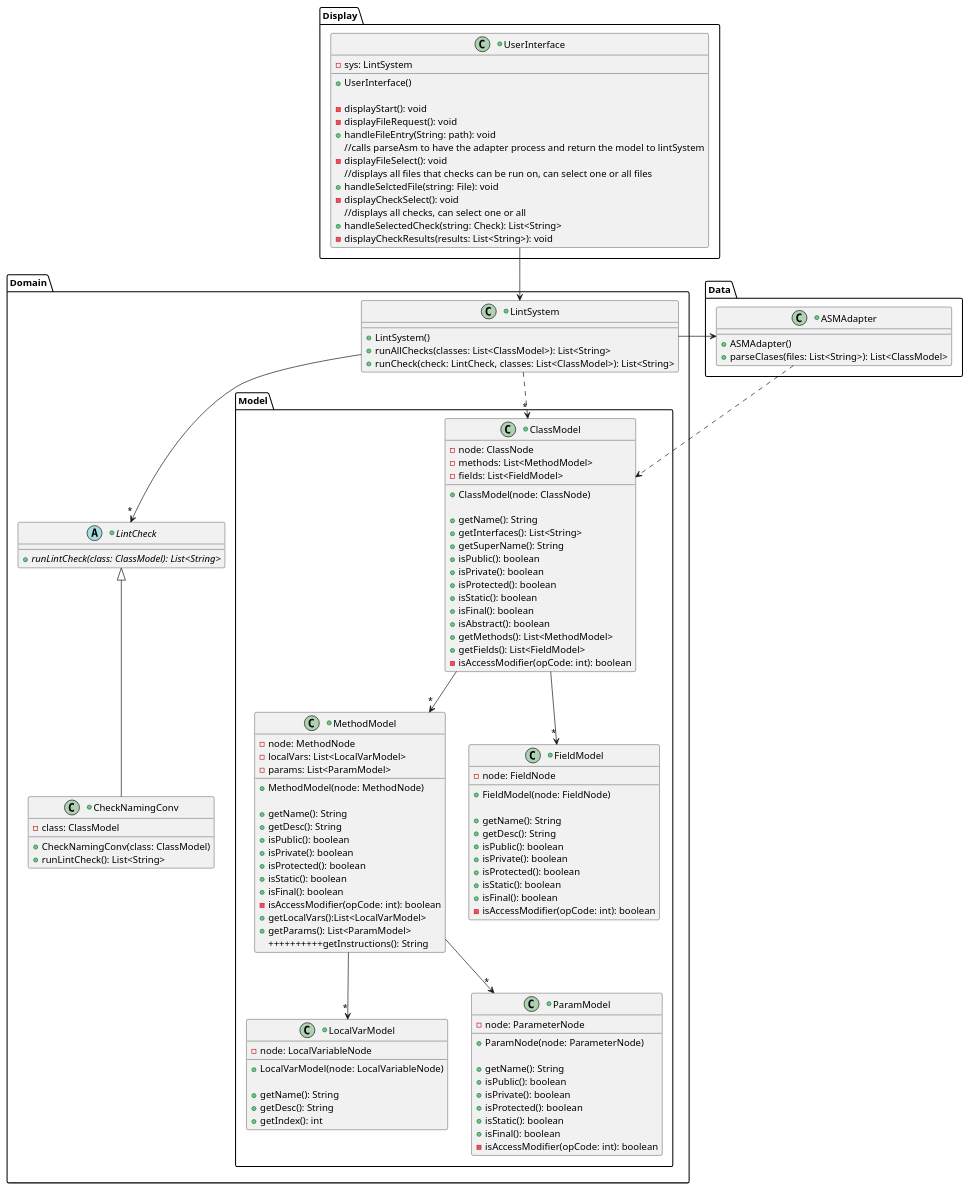
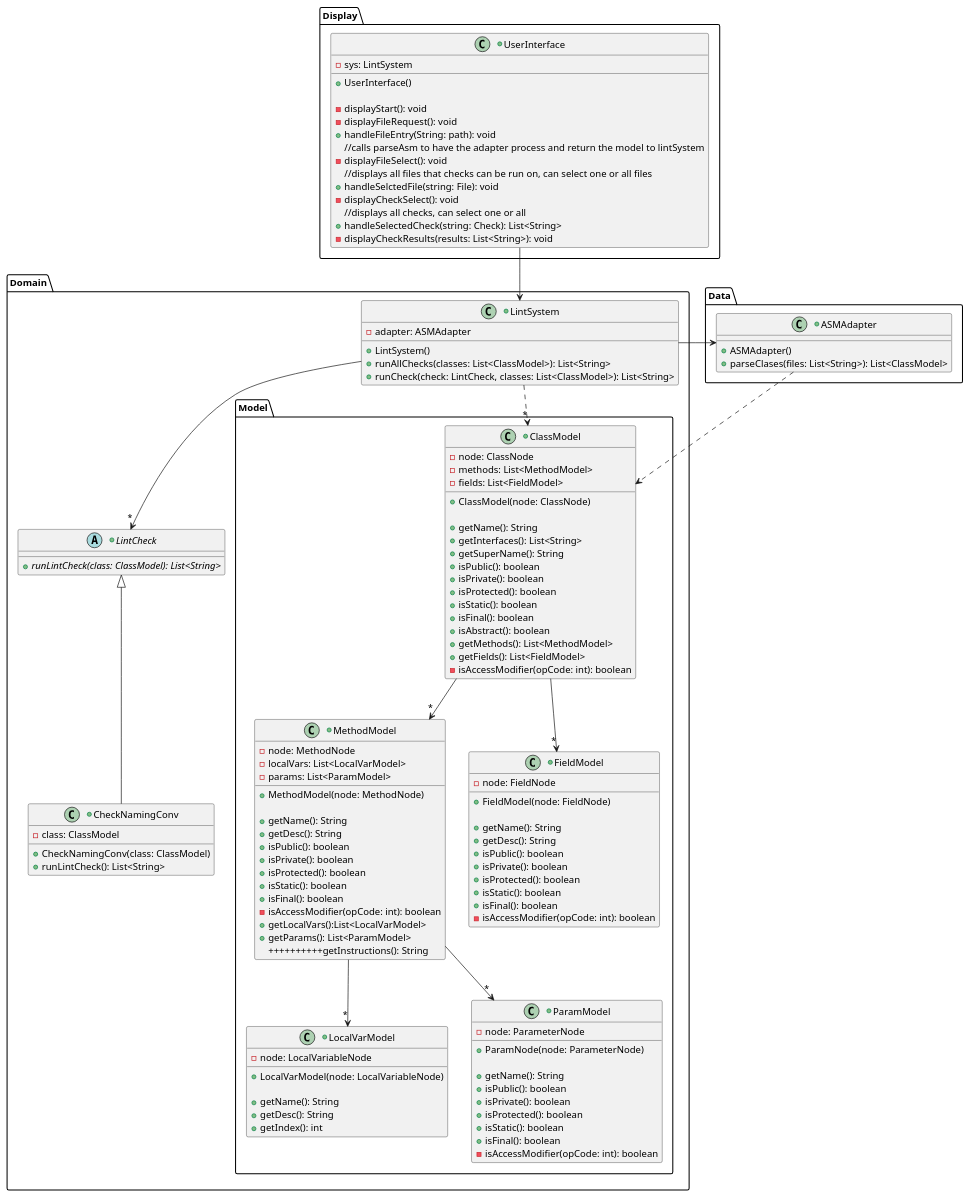
The diagram in design.puml (rhit-adlerbn/CSSE375_Refactoring_Project), drawn with PlantUML before and after one commit.

Commit message:
small tweak to uml

```diff
--- a/design.puml
+++ b/design.puml
@@ -1,135 +1,135 @@
 @startuml
 Package Display{
 
 +class UserInterface{
 -sys: LintSystem
 +UserInterface()
 
 -displayStart(): void
 -displayFileRequest(): void
 +handleFileEntry(String: path): void
 {method} //calls parseAsm to have the adapter process and return the model to lintSystem
 -displayFileSelect(): void
 {method} //displays all files that checks can be run on, can select one or all files
 +handleSelctedFile(string: File): void
 -displayCheckSelect(): void
 {method} //displays all checks, can select one or all
 +handleSelectedCheck(string: Check): List<String>
 -displayCheckResults(results: List<String>): void
 }
 
 }
 
 Package Domain{
 UserInterface --> LintSystem
 
 +class LintSystem{
-
+-adapter: ASMAdapter
 +LintSystem()
 +runAllChecks(classes: List<ClassModel>): List<String>
 +runCheck(check: LintCheck, classes: List<ClassModel>): List<String>
 }
 +abstract LintCheck{
 +{abstract}runLintCheck(class: ClassModel): List<String>
 }
 +class CheckNamingConv{
 -class: ClassModel
 +CheckNamingConv(class: ClassModel)
 +runLintCheck(): List<String>
 }
 Package Model{
 
 +class ClassModel{
 -node: ClassNode
 -methods: List<MethodModel>
 -fields: List<FieldModel>
 +ClassModel(node: ClassNode)
 
 +getName(): String
 +getInterfaces(): List<String>
 +getSuperName(): String
 +isPublic(): boolean
 +isPrivate(): boolean
 +isProtected(): boolean
 +isStatic(): boolean
 +isFinal(): boolean
 +isAbstract(): boolean
 +getMethods(): List<MethodModel>
 +getFields(): List<FieldModel>
 -isAccessModifier(opCode: int): boolean
 }
 +class MethodModel{
 -node: MethodNode
 -localVars: List<LocalVarModel>
 -params: List<ParamModel>
 
 +MethodModel(node: MethodNode)
 
 +getName(): String
 +getDesc(): String
 +isPublic(): boolean
 +isPrivate(): boolean
 +isProtected(): boolean
 +isStatic(): boolean
 +isFinal(): boolean
 -isAccessModifier(opCode: int): boolean
 +getLocalVars():List<LocalVarModel>
 +getParams(): List<ParamModel>
 ++++++++++getInstructions(): String
 }
 +class FieldModel{
 -node: FieldNode
 +FieldModel(node: FieldNode)
 
 +getName(): String
 +getDesc(): String
 +isPublic(): boolean
 +isPrivate(): boolean
 +isProtected(): boolean
 +isStatic(): boolean
 +isFinal(): boolean
 -isAccessModifier(opCode: int): boolean
 }
 +class LocalVarModel{
 -node: LocalVariableNode
 +LocalVarModel(node: LocalVariableNode)
 
 +getName(): String
 +getDesc(): String
 +getIndex(): int
 }
 +class ParamModel{
 -node: ParameterNode
 +ParamNode(node: ParameterNode)
 
 +getName(): String
 +isPublic(): boolean
 +isPrivate(): boolean
 +isProtected(): boolean
 +isStatic(): boolean
 +isFinal(): boolean
 -isAccessModifier(opCode: int): boolean
 }
 LintSystem ..>"*" ClassModel
 ClassModel -->"*" MethodModel
 ClassModel -->"*" FieldModel
 MethodModel -->"*" LocalVarModel
 MethodModel -->"*" ParamModel
 
 }
 
 
 CheckNamingConv -u-|> LintCheck
 LintSystem -->"*" LintCheck
 }
 
 
 Package Data{
  +class ASMAdapter{
     +ASMAdapter()
     +parseClases(files: List<String>): List<ClassModel>
  }
 }
 ASMAdapter ..> ClassModel
 LintSystem --> ASMAdapter
 @enduml
```
